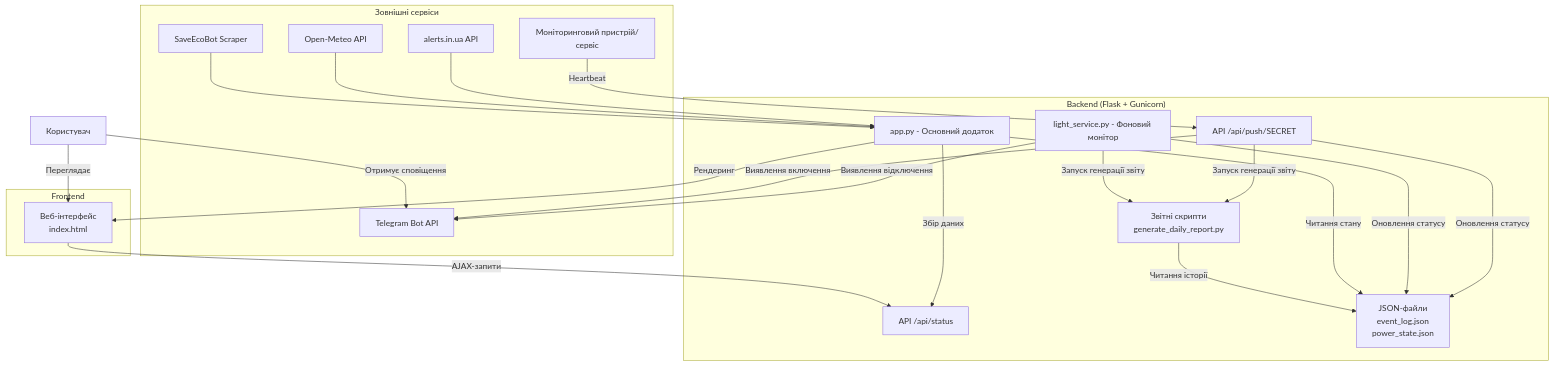
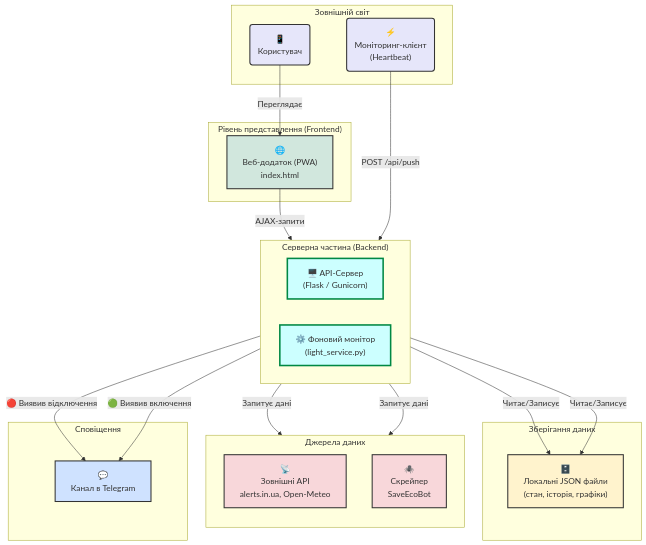
Before and after one commit to weby-homelab/flash-monitor-kyiv: the diagram in README.md, drawn with Mermaid.

Commit message:
refactor: Повністю перероблено діаграму архітектури для кращої візуалізації

````diff
--- a/README.md
+++ b/README.md
@@ -38,50 +38,63 @@
 ```mermaid
 graph TD
-    subgraph "Зовнішні сервіси"
-        A[alerts.in.ua API]
-        B[Open-Meteo API]
-        C[SaveEcoBot Scraper]
-        D[Telegram Bot API]
-        E[Моніторинговий пристрій/сервіс]
+    %% -- Стилі для блоків --
+    classDef user fill:#e6e6fa,stroke:#333,stroke-width:2px,color:#333
+    classDef frontend fill:#d1e7dd,stroke:#333,stroke-width:2px,color:#333
+    classDef backend fill:#cff,stroke:#084,stroke-width:3px,color:#333
+    classDef data fill:#f8d7da,stroke:#333,stroke-width:2px,color:#333
+    classDef storage fill:#fff3cd,stroke:#333,stroke-width:2px,color:#333
+    classDef notify fill:#cfe2ff,stroke:#333,stroke-width:2px,color:#333
+
+    %% -- Блоки системи --
+    subgraph "Зовнішній світ"
+        User("📱<br>Користувач")
+        MonitorClient("⚡<br>Моніторинг-клієнт<br>(Heartbeat)")
     end
 
-    subgraph "Backend (Flask + Gunicorn)"
-        F[app.py - Основний додаток]
-        G[light_service.py - Фоновий монітор]
-        H[API /api/status]
-        I[API /api/push/SECRET]
-        J[JSON-файли <br> event_log.json <br> power_state.json]
-        K[Звітні скрипти <br> generate_daily_report.py]
+    subgraph "Рівень представлення (Frontend)"
+        WebApp["🌐<br>Веб-додаток (PWA)<br>index.html"]
     end
 
-    subgraph "Frontend"
-        L[Веб-інтерфейс <br> index.html]
+    subgraph "Серверна частина (Backend)"
+        direction LR
+        APIServer["🖥️ API-Сервер<br>(Flask / Gunicorn)"]
+        BackgroundMonitor["⚙️ Фоновий монітор<br>(light_service.py)"]
+    end
+    
+    subgraph "Джерела даних"
+        direction TB
+        ExternalAPIs["📡<br>Зовнішні API<br>alerts.in.ua, Open-Meteo"]
+        Scraper["🕷️<br>Скрейпер<br>SaveEcoBot"]
     end
 
-    U[Користувач]
+    subgraph "Зберігання даних"
+        JSON_DB["🗄️<br>Локальні JSON файли<br>(стан, історія, графіки)"]
+    end
+    
+    subgraph "Сповіщення"
+        Telegram["💬<br>Канал в Telegram"]
+    end
 
-    %% Data Flow
-    A --> F
-    B --> F
-    C --> F
-    E -- "Heartbeat" --> I
+    %% -- Присвоєння стилів --
+    class User,MonitorClient user
+    class WebApp frontend
+    class APIServer,BackgroundMonitor backend
+    class ExternalAPIs,Scraper data
+    class JSON_DB storage
+    class Telegram notify
 
-    F -- "Рендеринг" --> L
-    F -- "Збір даних" --> H
+    %% -- Потоки даних --
+    User      --> |Переглядає| WebApp
+    WebApp    --> |AJAX-запити| APIServer
     
-    G -- "Виявлення відключення" --> D
-    I -- "Виявлення включення" --> D
-    
-    I -- "Оновлення статусу" --> J
-    G -- "Оновлення статусу" --> J
+    MonitorClient --> |POST /api/push| APIServer
 
-    F -- "Читання стану" --> J
-    K -- "Читання історії" --> J
+    APIServer --> |Запитує дані| ExternalAPIs
+    APIServer --> |Запитує дані| Scraper
 
-    I -- "Запуск генерації звіту" --> K
-    G -- "Запуск генерації звіту" --> K
+    APIServer           --> |Читає/Записує| JSON_DB
+    BackgroundMonitor   --> |Читає/Записує| JSON_DB
 
-    L -- "AJAX-запити" --> H
-    U -- "Переглядає" --> L
-    U -- "Отримує сповіщення" --> D
+    BackgroundMonitor   -- "🔴 Виявив відключення" --> Telegram
+    APIServer           -- "🟢 Виявив включення" --> Telegram
 ```
````
